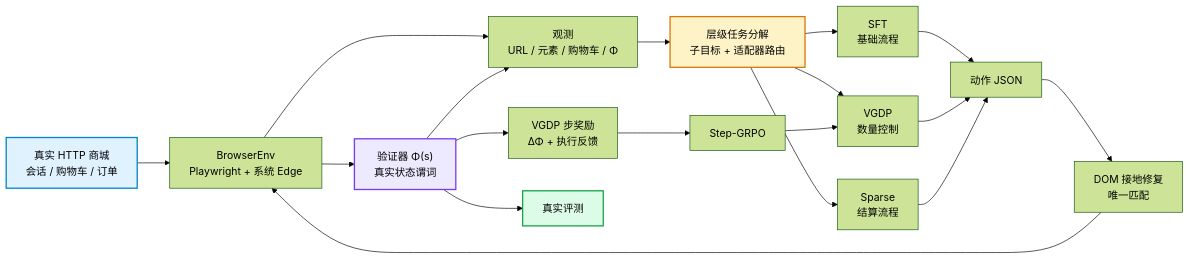
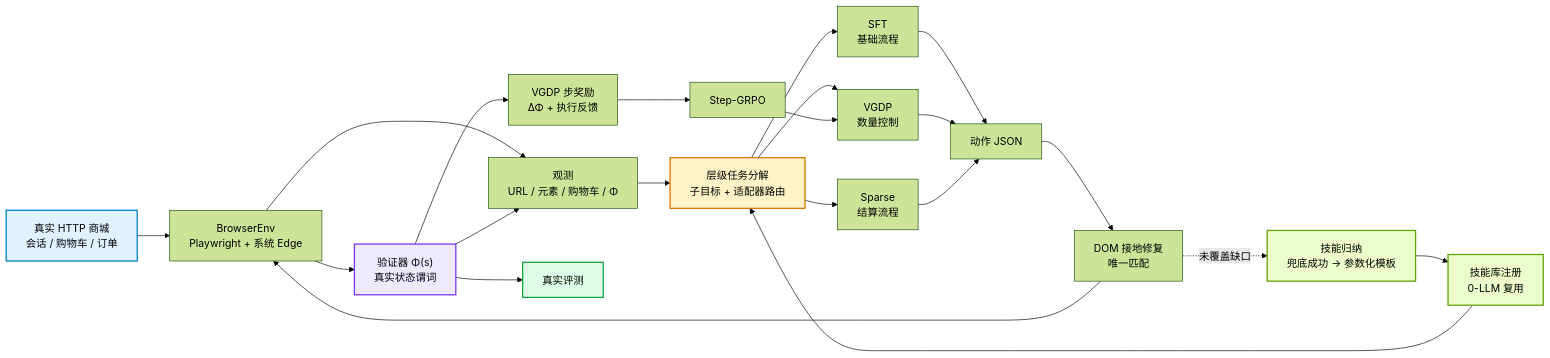
One commit to ShaneLiu04/Step-RL changed the diagram in README.md. Above: the diagram before and after it, drawn with Mermaid (forest theme). The commit also changed other lines of this file, not shown here.

````diff
--- a/README.md
+++ b/README.md
@@ -98,25 +98,30 @@
 ```mermaid
 flowchart LR
     S["真实 HTTP 商城<br/>会话 / 购物车 / 订单"] --> B["BrowserEnv<br/>Playwright + 系统 Edge"]
     B --> O["观测<br/>URL / 元素 / 购物车 / Φ"]
     O --> H["层级任务分解<br/>子目标 + 适配器路由"]
     H --> P1["SFT<br/>基础流程"]
     H --> P2["VGDP<br/>数量控制"]
     H --> P3["Sparse<br/>结算流程"]
     P1 --> A["动作 JSON"]
     P2 --> A
     P3 --> A
     A --> G["DOM 接地修复<br/>唯一匹配"]
     G --> B
     B --> V["验证器 Φ(s)<br/>真实状态谓词"]
     V --> R["VGDP 步奖励<br/>ΔΦ + 执行反馈"]
     R --> T["Step-GRPO"]
     T --> P2
     V --> O
     V --> E["真实评测"]
+    G -. 未覆盖缺口 .-> I["技能归纳<br/>兜底成功 → 参数化模板"]
+    I --> K["技能库注册<br/>0-LLM 复用"]
+    K --> H
 
     style S fill:#e0f2fe,stroke:#0284c7,stroke-width:2px
     style V fill:#ede9fe,stroke:#7c3aed,stroke-width:2px
     style H fill:#fef3c7,stroke:#d97706,stroke-width:2px
     style E fill:#dcfce7,stroke:#16a34a,stroke-width:2px
+    style I fill:#ecfccb,stroke:#65a30d,stroke-width:2px
+    style K fill:#ecfccb,stroke:#65a30d,stroke-width:2px
 ```
````
